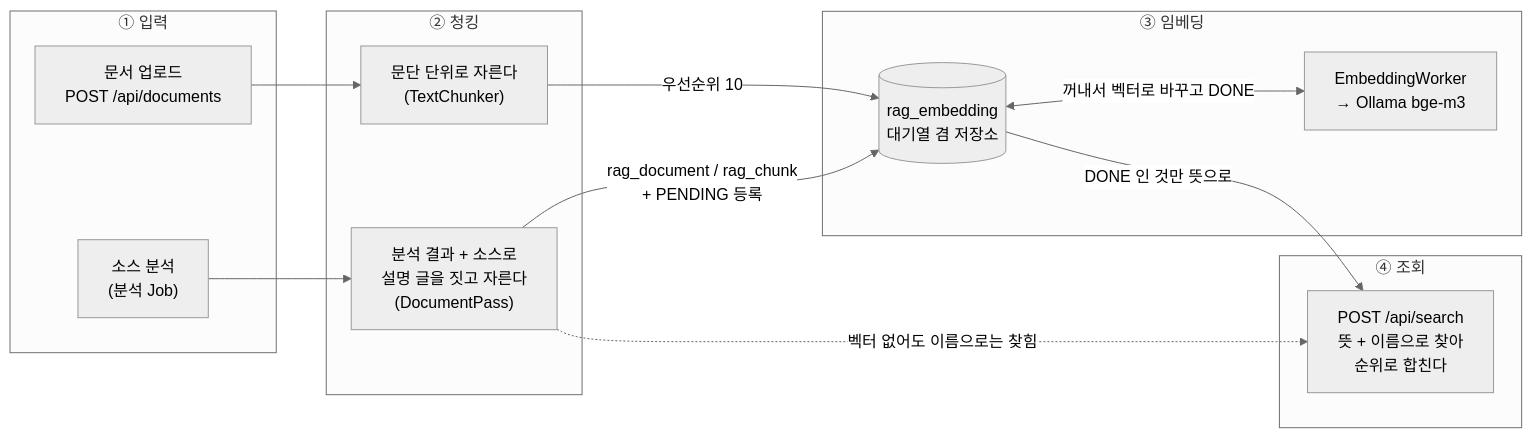
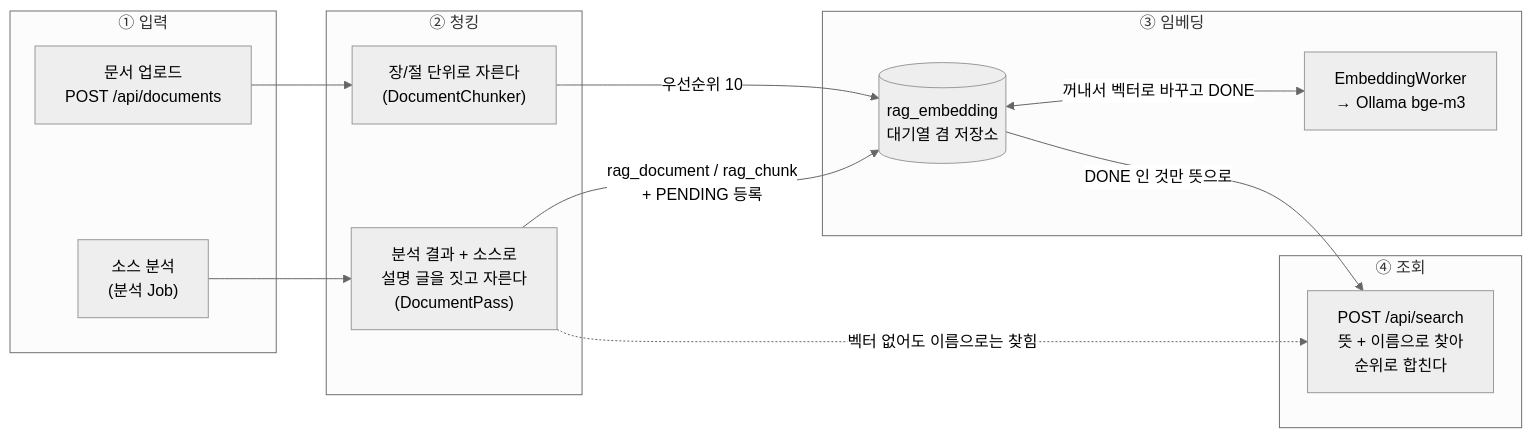
The first of 7 diagrams in docs/11.dstone-knowledge-rag.md (YongSoekChoeng/dstone), drawn with Mermaid (neutral theme) before and after one commit. The commit also changed other lines of this file and 72 other files, not shown here.

````diff
--- a/docs/11.dstone-knowledge-rag.md
+++ b/docs/11.dstone-knowledge-rag.md
@@ -29,25 +29,25 @@
 ```mermaid
 flowchart LR
     subgraph IN["① 입력"]
         SRC["소스 분석<br/>(분석 Job)"]
         UP["문서 업로드<br/>POST /api/documents"]
     end
     subgraph CH["② 청킹"]
         CB["분석 결과 + 소스로<br/>설명 글을 짓고 자른다<br/>(DocumentPass)"]
-        TC["문단 단위로 자른다<br/>(TextChunker)"]
+        TC["장/절 단위로 자른다<br/>(DocumentChunker)"]
     end
     subgraph EM["③ 임베딩"]
         Q[("rag_embedding<br/>대기열 겸 저장소")]
         WK["EmbeddingWorker<br/>→ Ollama bge-m3"]
     end
     subgraph SE["④ 조회"]
         S["POST /api/search<br/>뜻 + 이름으로 찾아<br/>순위로 합친다"]
     end
     SRC --> CB
     UP --> TC
     CB -->|"rag_document / rag_chunk<br/>+ PENDING 등록"| Q
     TC -->|"우선순위 10"| Q
     Q <-->|"꺼내서 벡터로 바꾸고 DONE"| WK
     Q -->|"DONE 인 것만 뜻으로"| S
     CB -.->|"벡터 없어도 이름으로는 찾힘"| S
 ```
````
